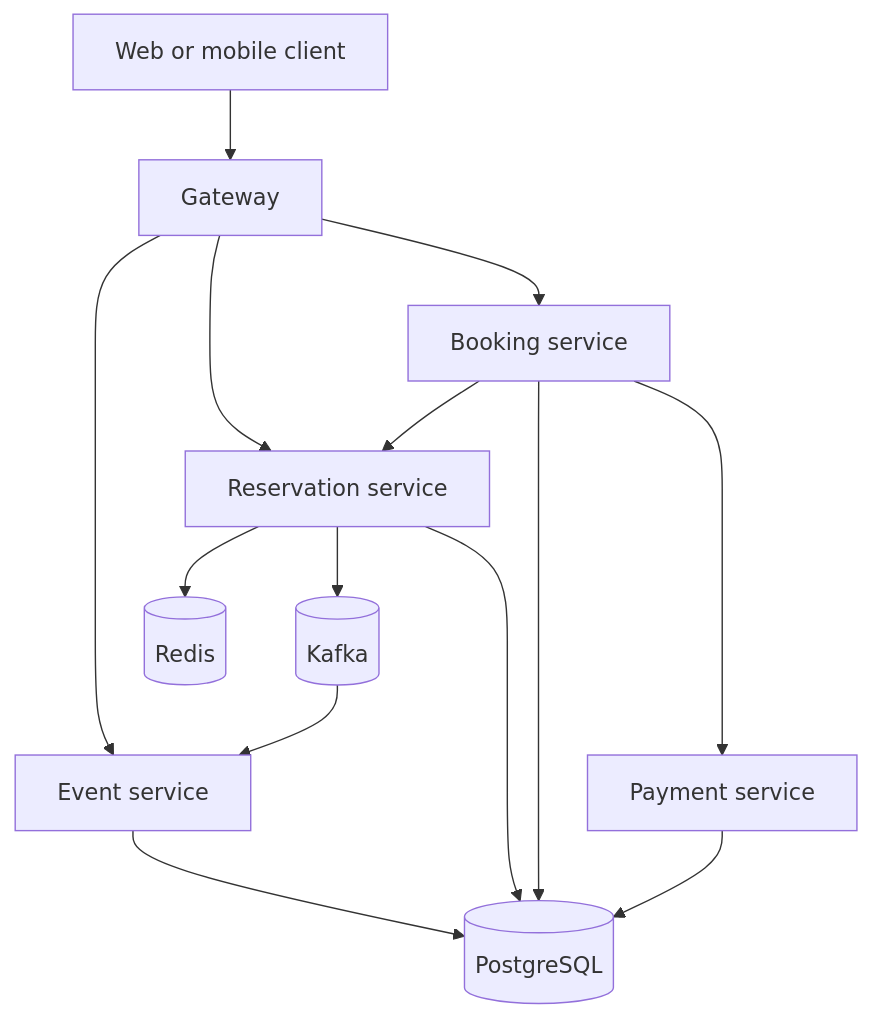
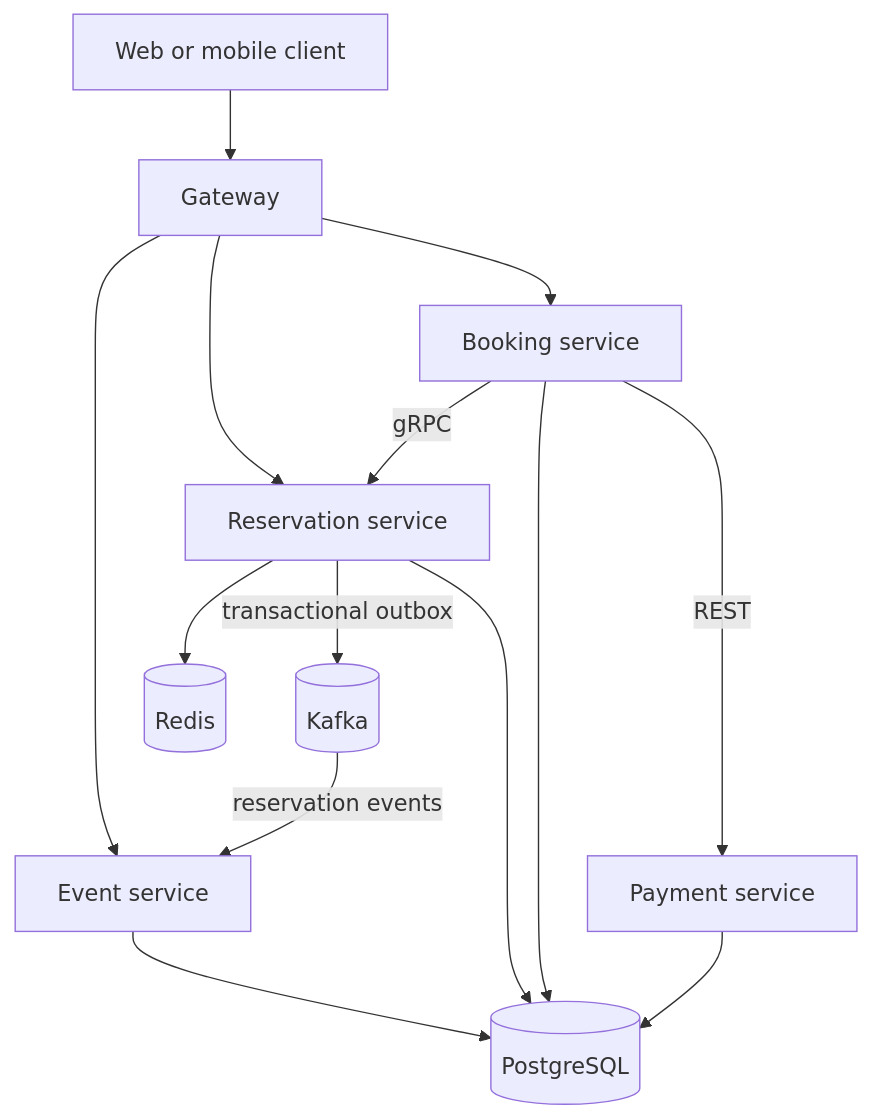
The diagram in README.md (Agrim2411/Seatsync), drawn with Mermaid before and after one commit. The commit also changed other lines of this file and 8 other files, not shown here.

````diff
--- a/README.md
+++ b/README.md
@@ -9,16 +9,16 @@
 ```mermaid
 flowchart TD
     C[Web or mobile client] --> G[Gateway]
     G --> E[Event service]
     G --> R[Reservation service]
     G --> B[Booking service]
-    B --> R
-    B --> P[Payment service]
-    R --> K[(Kafka)]
-    K --> E
+    B -- gRPC --> R
+    B -- REST --> P[Payment service]
+    R -- transactional outbox --> K[(Kafka)]
+    K -- reservation events --> E
     E --> PG[(PostgreSQL)]
     R --> PG
     B --> PG
     P --> PG
     R --> RD[(Redis)]
 ```
````
